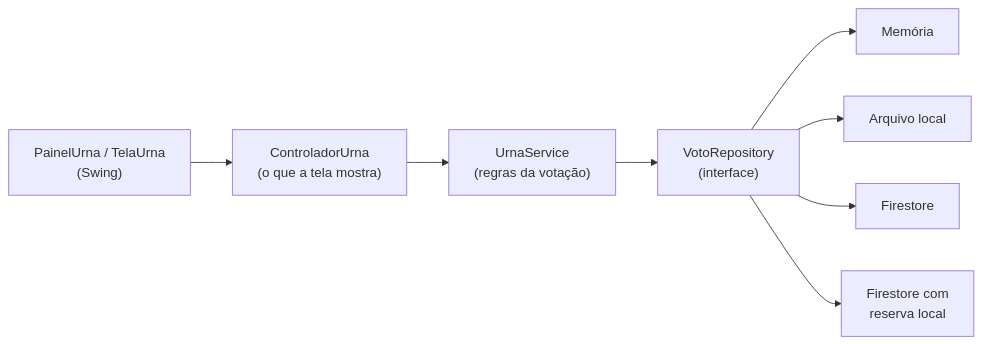
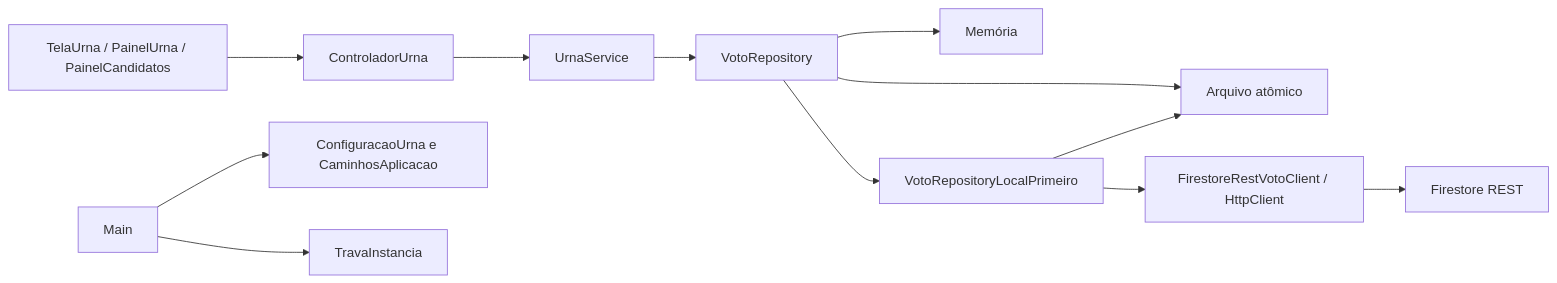
The first of 2 diagrams in docs/diagrama-classes.md (Sudo-Marco/urna-cidada), drawn with Mermaid before and after one commit. The commit also changed other lines of this file and 23 other files, not shown here.

Commit message:
docs: documenta configuracao e execucao da urna final

````diff
--- a/docs/diagrama-classes.md
+++ b/docs/diagrama-classes.md
@@ -9,10 +7,14 @@
 ```mermaid
 flowchart LR
-    V["PainelUrna / TelaUrna<br/>(Swing)"] --> C["ControladorUrna<br/>(o que a tela mostra)"]
-    C --> S["UrnaService<br/>(regras da votação)"]
-    S --> R["VotoRepository<br/>(interface)"]
-    R --> M["Memória"]
-    R --> A["Arquivo local"]
-    R --> F["Firestore"]
-    R --> X["Firestore com<br/>reserva local"]
+  T[TelaUrna / PainelUrna / PainelCandidatos] --> C[ControladorUrna]
+  C --> S[UrnaService]
+  S --> R[VotoRepository]
+  R --> M[Memória]
+  R --> A[Arquivo atômico]
+  R --> L[VotoRepositoryLocalPrimeiro]
+  L --> A
+  L --> H[FirestoreRestVotoClient / HttpClient]
+  H --> F[Firestore REST]
+  P[Main] --> CFG[ConfiguracaoUrna e CaminhosAplicacao]
+  P --> LOCK[TravaInstancia]
 ```
````
